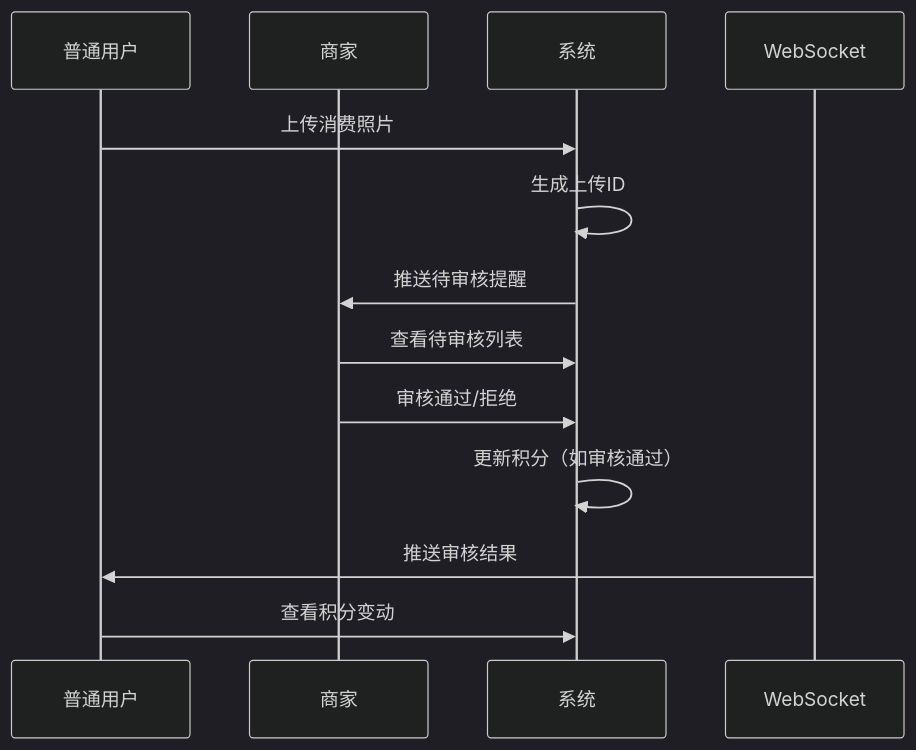
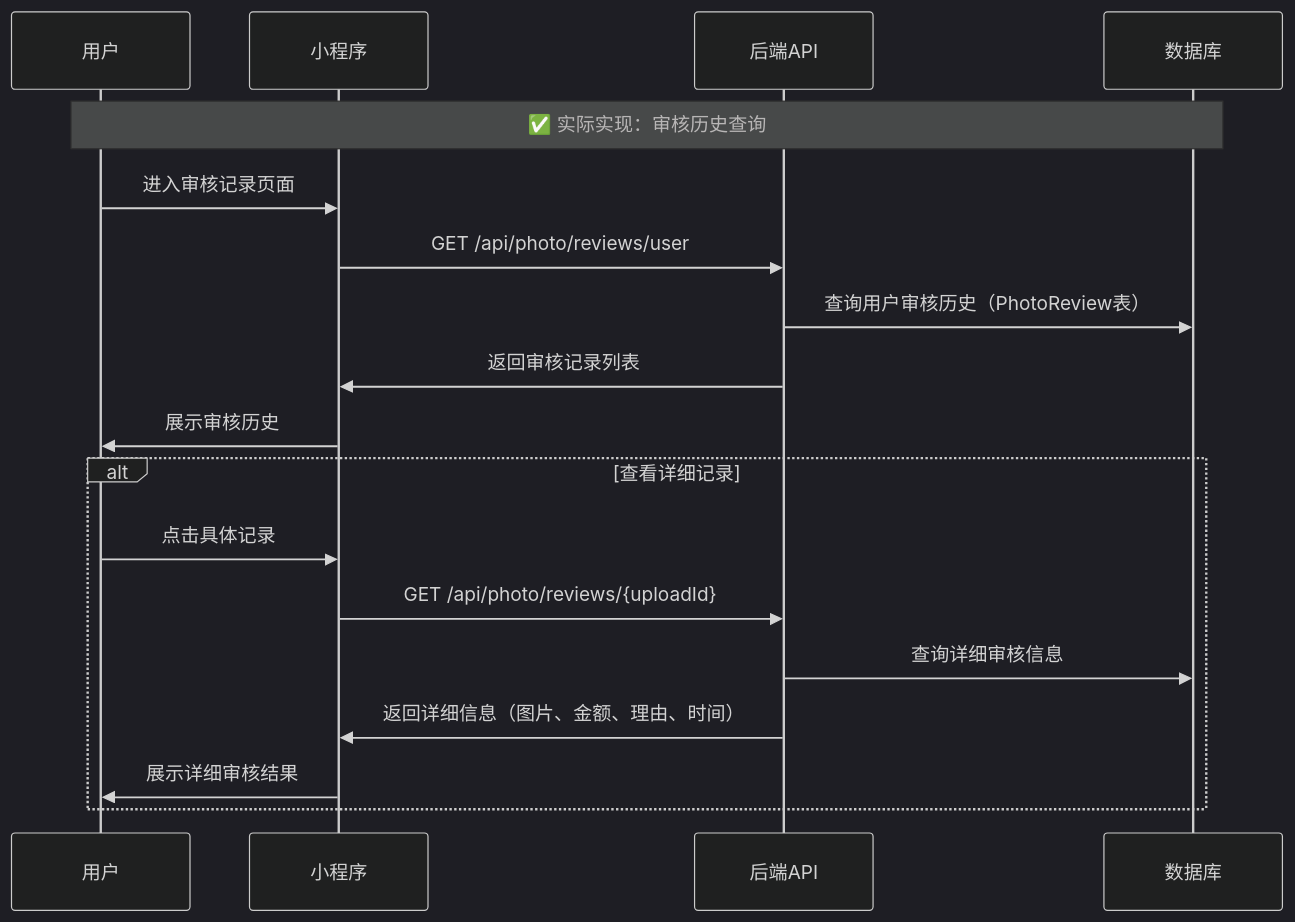
One commit to qwerasdf659/tiangonghouduan changed the eighth of 11 diagrams in 产品功能结构描述.md. Above: the diagram before and after it, drawn with Mermaid (dark theme). The commit also changed other lines of this file and 12 other files, not shown here.

````diff
--- a/产品功能结构描述.md
+++ b/产品功能结构描述.md
@@ -274,16 +280,22 @@
 ```mermaid
 sequenceDiagram
-    participant U as 普通用户
-    participant M as 商家
-    participant S as 系统
-    participant WS as WebSocket
+    participant U as 用户
+    participant S as 小程序
+    participant API as 后端API
+    participant DB as 数据库
     
-    U->>S: 上传消费照片
-    S->>S: 生成上传ID
-    S->>M: 推送待审核提醒
-    M->>S: 查看待审核列表
-    M->>S: 审核通过/拒绝
-    S->>S: 更新积分（如审核通过）
-    WS->>U: 推送审核结果
-    U->>S: 查看积分变动
+    Note over U,DB: ✅ 实际实现：审核历史查询
+    U->>S: 进入审核记录页面
+    S->>API: GET /api/photo/reviews/user
+    API->>DB: 查询用户审核历史（PhotoReview表）
+    API->>S: 返回审核记录列表
+    S->>U: 展示审核历史
+    
+    alt 查看详细记录
+        U->>S: 点击具体记录
+        S->>API: GET /api/photo/reviews/{uploadId}
+        API->>DB: 查询详细审核信息
+        API->>S: 返回详细信息（图片、金额、理由、时间）
+        S->>U: 展示详细审核结果
+    end
 ```
````
